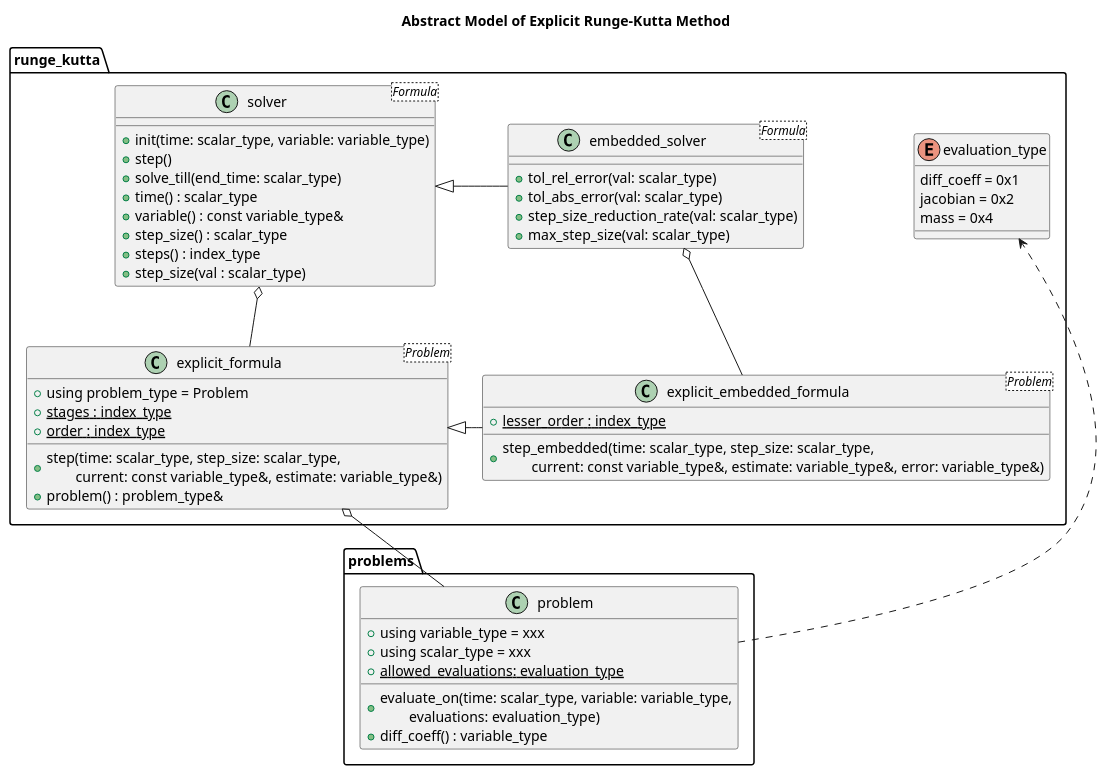
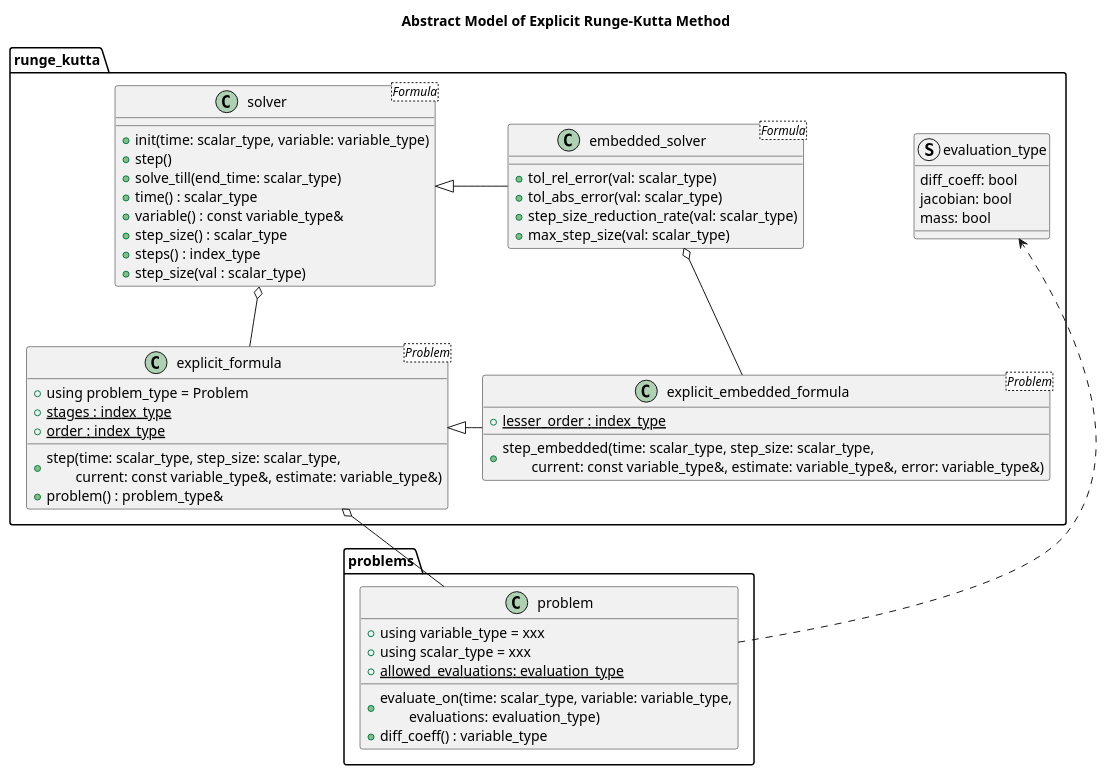
Before and after one commit to MusicScience37/numerical-collection-cpp: the first of 3 diagrams in doc/sphinx/src/basic_design/ode.rst, drawn with PlantUML. The commit also changed 25 other files, not shown here.

```diff
--- a/doc/sphinx/src/basic_design/ode.rst
+++ b/doc/sphinx/src/basic_design/ode.rst
@@ -16,60 +16,60 @@
 .. uml::
 
     title Abstract Model of Explicit Runge-Kutta Method
 
     package runge_kutta {
-        enum evaluation_type {
-            diff_coeff = 0x1
-            jacobian = 0x2
-            mass = 0x4
+        struct evaluation_type {
+            diff_coeff: bool
+            jacobian: bool
+            mass: bool
         }
     }
 
     package problems {
         class problem {
             + using variable_type = xxx
             + using scalar_type = xxx
             {static} + allowed_evaluations: evaluation_type
             + evaluate_on(time: scalar_type, variable: variable_type,\n\tevaluations: evaluation_type)
             + diff_coeff() : variable_type
         }
         problem ..> evaluation_type
     }
 
     package runge_kutta {
         class explicit_formula<Problem> {
             + using problem_type = Problem
             {static} + stages : index_type
             {static} + order : index_type
             + step(time: scalar_type, step_size: scalar_type,\n\tcurrent: const variable_type&, estimate: variable_type&)
             + problem() : problem_type&
         }
         explicit_formula o-- problem
 
         class explicit_embedded_formula<Problem> {
             {static} + lesser_order : index_type
             + step_embedded(time: scalar_type, step_size: scalar_type,\n\tcurrent: const variable_type&, estimate: variable_type&, error: variable_type&)
         }
         explicit_formula <|- explicit_embedded_formula
 
         class solver<Formula> {
             + init(time: scalar_type, variable: variable_type)
             + step()
             + solve_till(end_time: scalar_type)
             + time() : scalar_type
             + variable() : const variable_type&
             + step_size() : scalar_type
             + steps() : index_type
             + step_size(val : scalar_type)
         }
         solver o-- explicit_formula
 
         class embedded_solver<Formula> {
             + tol_rel_error(val: scalar_type)
             + tol_abs_error(val: scalar_type)
             + step_size_reduction_rate(val: scalar_type)
             + max_step_size(val: scalar_type)
         }
         solver <|- embedded_solver
         embedded_solver o-- explicit_embedded_formula
     }
```
